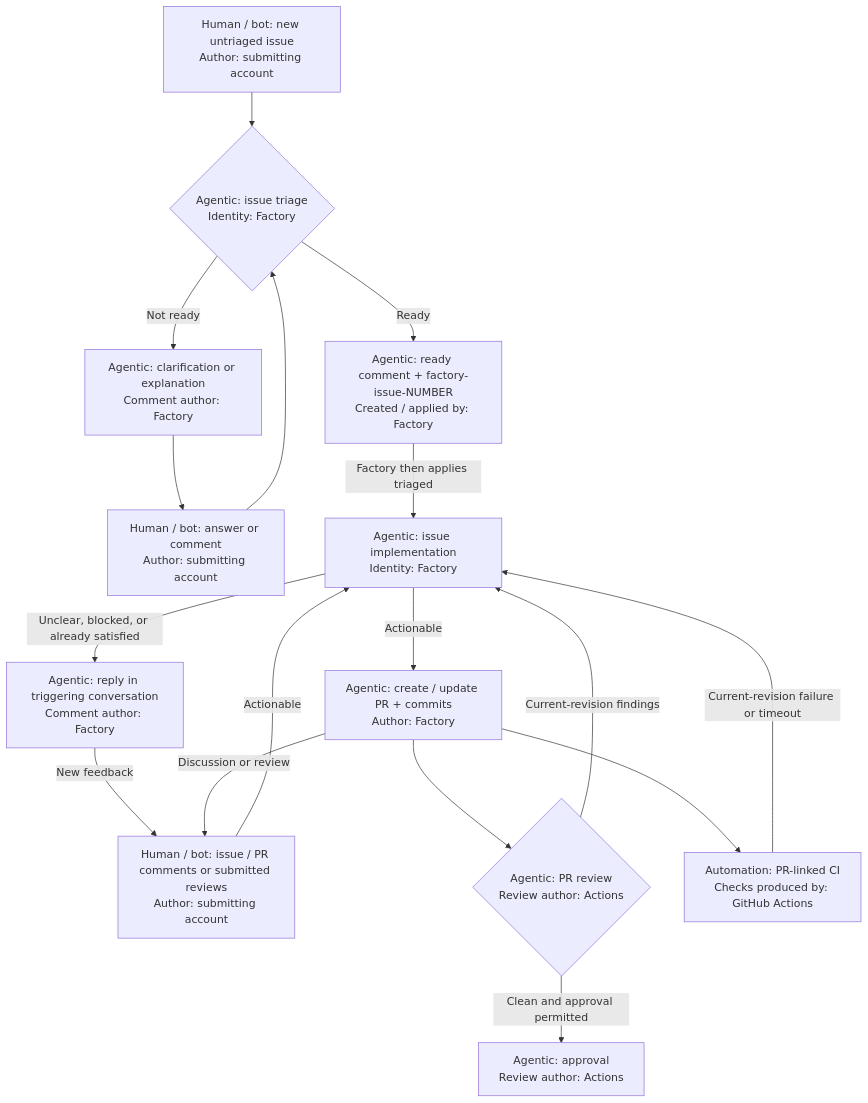
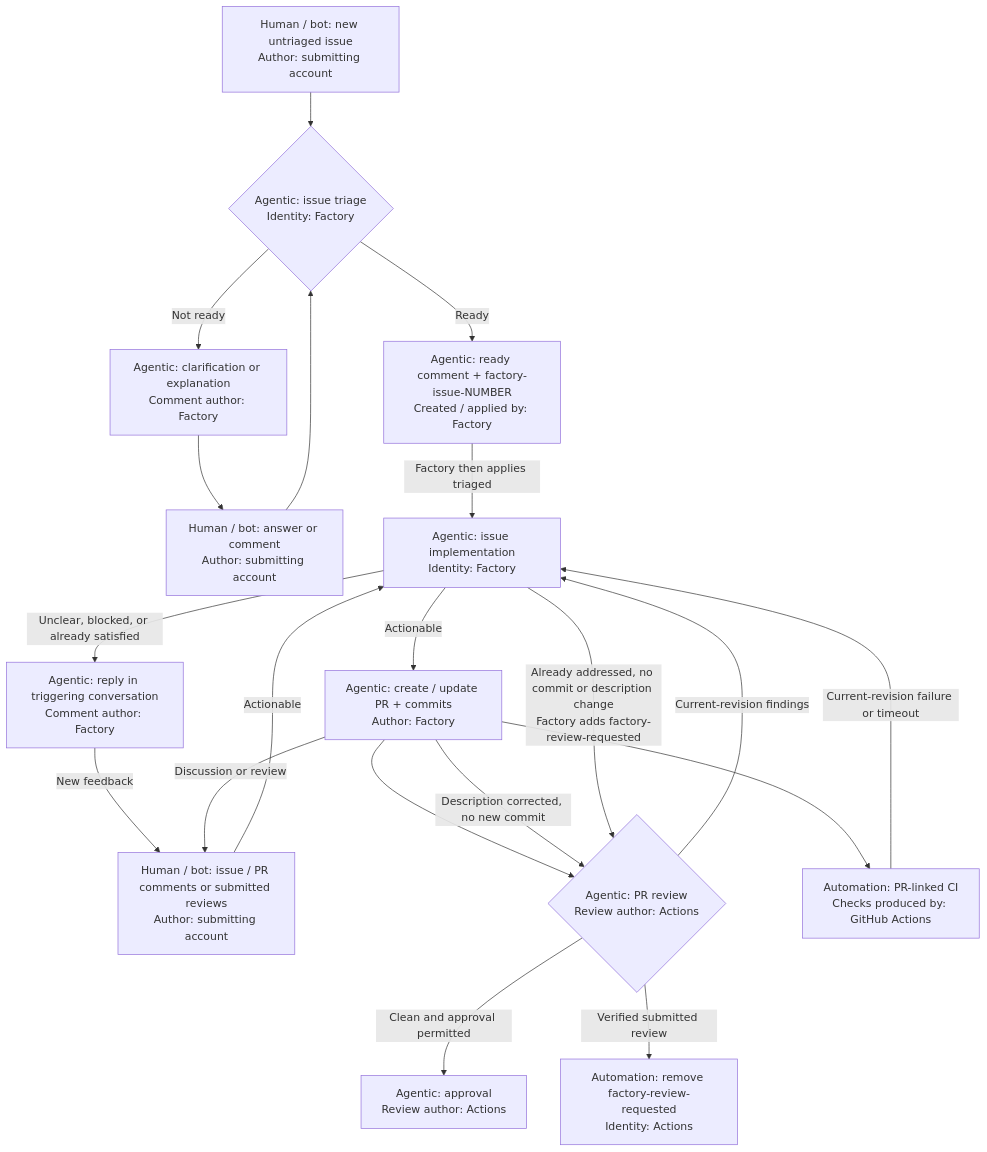
Before and after one commit to VasiliyNovikov/Factory: the diagram in README.md, drawn with Mermaid. The commit also changed other lines of this file and 6 other files, not shown here.

Commit message:
Re-review addressed feedback without requiring a new commit

````diff
--- a/README.md
+++ b/README.md
@@ -22,19 +22,22 @@
 ```mermaid
 flowchart TD
     issue["Human / bot: new untriaged issue<br/>Author: submitting account"] --> triage{"Agentic: issue triage<br/>Identity: Factory"}
     triage -->|Not ready| clarification["Agentic: clarification or explanation<br/>Comment author: Factory"]
     clarification --> answer["Human / bot: answer or comment<br/>Author: submitting account"]
     answer --> triage
     triage -->|Ready| tracking["Agentic: ready comment + factory-issue-NUMBER<br/>Created / applied by: Factory"]
     tracking -->|Factory then applies triaged| implementation["Agentic: issue implementation<br/>Identity: Factory"]
     implementation -->|Actionable| pr["Agentic: create / update PR + commits<br/>Author: Factory"]
     implementation -->|Unclear, blocked, or already satisfied| reply["Agentic: reply in triggering conversation<br/>Comment author: Factory"]
     reply -->|New feedback| feedback["Human / bot: issue / PR comments or submitted reviews<br/>Author: submitting account"]
     feedback -->|Actionable| implementation
     pr --> review{"Agentic: PR review<br/>Review author: Actions"}
+    pr -->|Description corrected, no new commit| review
+    implementation -->|Already addressed, no commit or description change<br/>Factory adds factory-review-requested| review
     review -->|Current-revision findings| implementation
     review -->|Clean and approval permitted| approval["Agentic: approval<br/>Review author: Actions"]
+    review -->|Verified submitted review| consumed["Automation: remove factory-review-requested<br/>Identity: Actions"]
     pr --> ci["Automation: PR-linked CI<br/>Checks produced by: GitHub Actions"]
     pr -->|Discussion or review| feedback
     ci -->|Current-revision failure or timeout| implementation
 ```
````
